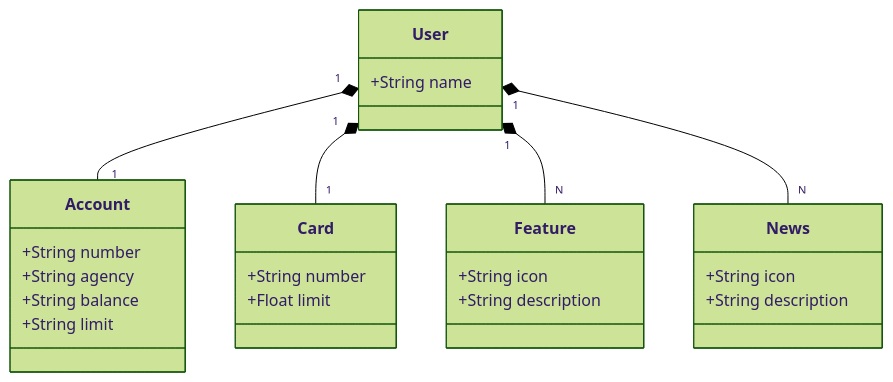
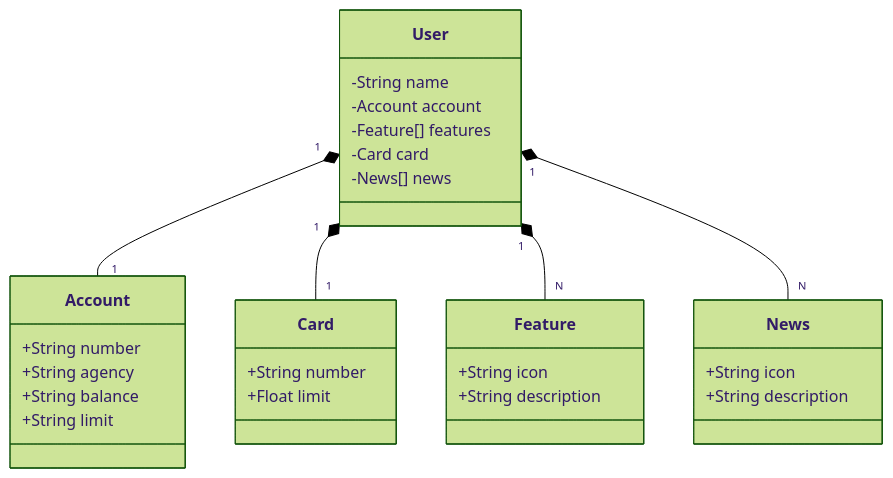
Before and after one commit to alanambrozio/santander-dev-week-2023: the diagram in README.md, drawn with Mermaid (forest theme).

````diff
--- a/README.md
+++ b/README.md
@@ -6,33 +6,37 @@
 ```mermaid
 classDiagram
   class User {
-    +String name
+    -String name
+    -Account account
+    -Feature[] features
+    -Card card
+    -News[] news
   }
 
   class Account {
     +String number
     +String agency
     +String balance
     +String limit
   }
 
   class Feature {
     +String icon
     +String description
   }
 
   class Card {
     +String number
     +Float limit
   }
 
   class News {
     +String icon
     +String description
   }
 
   User "1" *-- "1" Account
   User "1" *-- "1" Card
   User "1" *-- "N" Feature
   User "1" *-- "N" News
 ```
````
